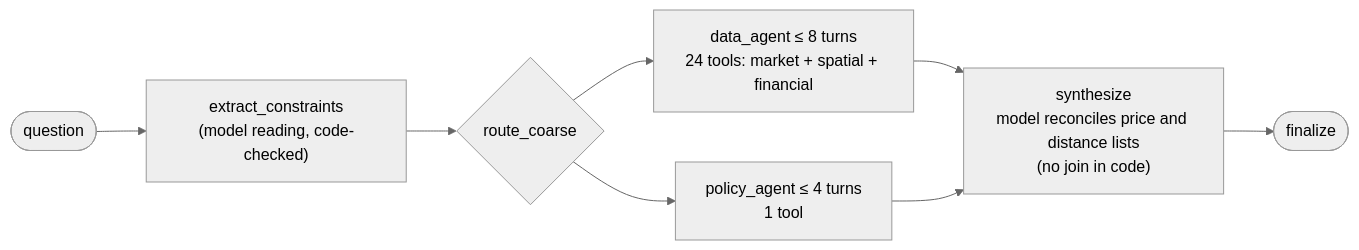
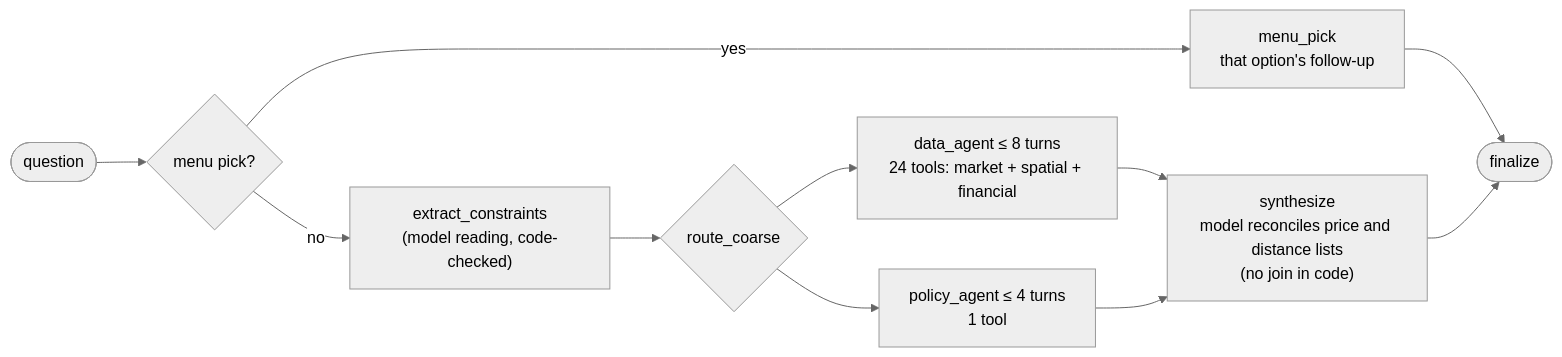
One commit to fcyap/HDB-Compass changed the seventh of 8 diagrams in README.md. Above: the diagram before and after it, drawn with Mermaid (neutral theme). The commit also changed other lines of this file, not shown here.

Commit message:
README: side-by-side A/B/C diagram in System Architecture; show B menu shortcut and C no-specialist path

````diff
--- a/README.md
+++ b/README.md
@@ -383,7 +436,9 @@
 ```mermaid
 flowchart LR
-    Q(["question"]) --> X["extract_constraints<br/>(model reading, code-checked)"] --> R{"route_coarse"}
+    Q(["question"]) --> MG{"menu pick?"}
+    MG -->|"yes"| MP["menu_pick<br/>that option's follow-up"] --> Fin
+    MG -->|"no"| X["extract_constraints<br/>(model reading, code-checked)"] --> R{"route_coarse"}
     R --> D["data_agent ≤ 8 turns<br/>24 tools: market + spatial + financial"]
     R --> P["policy_agent ≤ 4 turns<br/>1 tool"]
     D & P --> S["synthesize<br/>model reconciles price and distance lists<br/>(no join in code)"] --> Fin(["finalize"])
 ```
````
